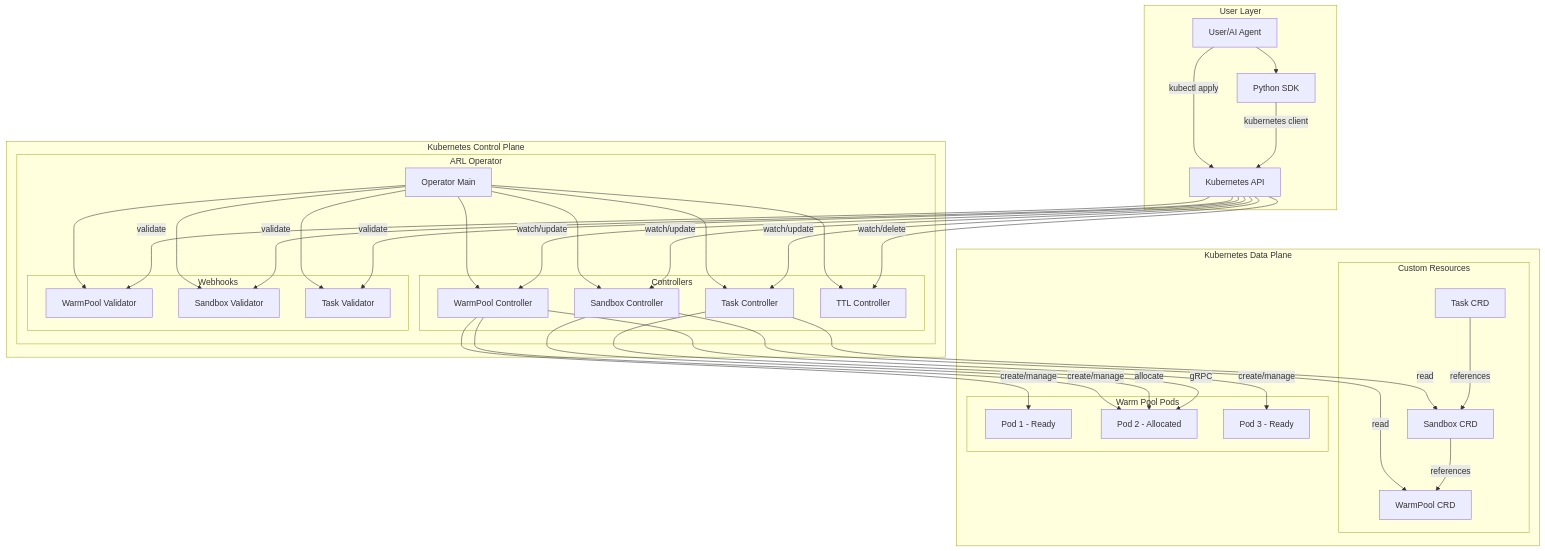
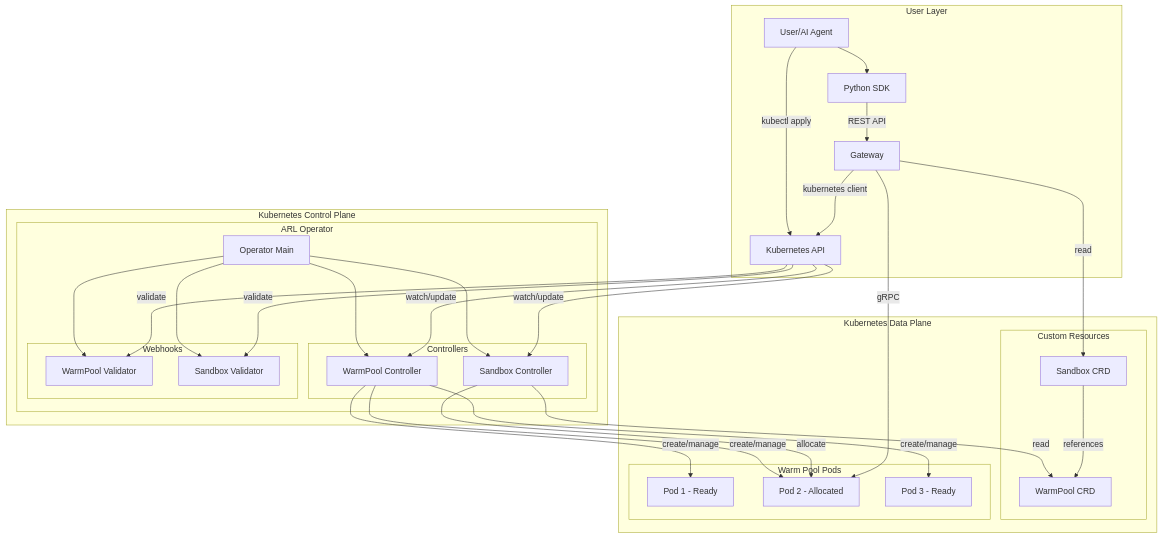
The first of 4 diagrams in docs/developer-guide/architecture.md (Lincyaw/agent-env), drawn with Mermaid before and after one commit. The commit also changed other lines of this file and 258 other files, not shown here.

````diff
--- a/docs/developer-guide/architecture.md
+++ b/docs/developer-guide/architecture.md
@@ -12,74 +12,64 @@
 ```mermaid
 graph TB
     subgraph "User Layer"
         User[User/AI Agent]
         PythonSDK[Python SDK]
         User --> PythonSDK
         User --> |kubectl apply| K8sAPI[Kubernetes API]
-        PythonSDK --> |kubernetes client| K8sAPI
+        PythonSDK --> |REST API| Gateway[Gateway]
     end
 
     subgraph "Kubernetes Control Plane"
         K8sAPI
-        
+        Gateway --> |kubernetes client| K8sAPI
+
         subgraph "ARL Operator"
             Operator[Operator Main]
-            
+
             subgraph "Controllers"
                 WPCtrl[WarmPool Controller]
                 SBCtrl[Sandbox Controller]
-                TaskCtrl[Task Controller]
-                TTLCtrl[TTL Controller]
             end
-            
+
             subgraph "Webhooks"
                 WPWebhook[WarmPool Validator]
                 SBWebhook[Sandbox Validator]
-                TaskWebhook[Task Validator]
             end
-            
+
             Operator --> WPCtrl
             Operator --> SBCtrl
-            Operator --> TaskCtrl
-            Operator --> TTLCtrl
             Operator --> WPWebhook
             Operator --> SBWebhook
-            Operator --> TaskWebhook
         end
-        
+
         K8sAPI --> |validate| WPWebhook
         K8sAPI --> |validate| SBWebhook
-        K8sAPI --> |validate| TaskWebhook
         K8sAPI --> |watch/update| WPCtrl
         K8sAPI --> |watch/update| SBCtrl
-        K8sAPI --> |watch/update| TaskCtrl
-        K8sAPI --> |watch/delete| TTLCtrl
     end
 
     subgraph "Kubernetes Data Plane"
         subgraph "Custom Resources"
             WP[WarmPool CRD]
             SB[Sandbox CRD]
-            Task[Task CRD]
         end
-        
+
         subgraph "Warm Pool Pods"
             Pod1[Pod 1 - Ready]
             Pod2[Pod 2 - Allocated]
             Pod3[Pod 3 - Ready]
         end
     end
 
     WPCtrl --> |create/manage| Pod1
     WPCtrl --> |create/manage| Pod2
     WPCtrl --> |create/manage| Pod3
-    
+
     SBCtrl --> |allocate| Pod2
     SBCtrl --> |read| WP
-    
-    TaskCtrl --> |gRPC| Pod2
-    TaskCtrl --> |read| SB
-    
-    Task --> |references| SB
+
+    Gateway --> |gRPC| Pod2
+    Gateway --> |read| SB
+
     SB --> |references| WP
 ```
````
